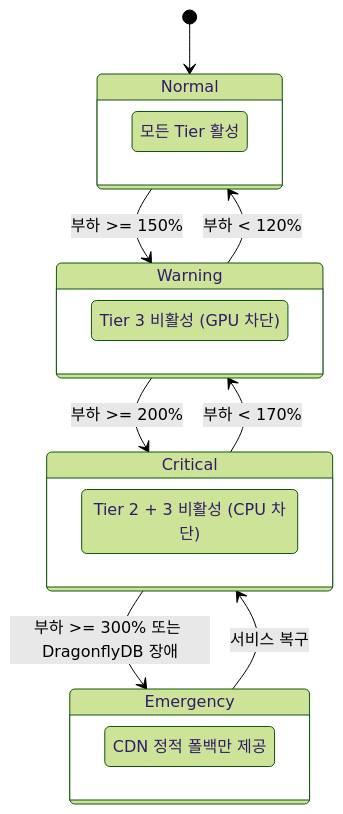
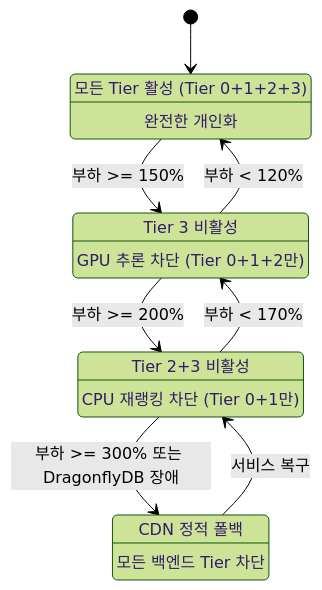
The fourth of 5 diagrams in README.ko.md (alton15/recsys-pipeline), drawn with Mermaid (forest theme) before and after one commit. The commit also changed other lines of this file and 1 other file, not shown here.

First line of the commit message:
docs: add table of contents with anchor links and fix Mermaid diagram cycle

````diff
--- a/README.ko.md
+++ b/README.ko.md
@@ -268,27 +294,23 @@
 ```mermaid
 stateDiagram-v2
     [*] --> Normal
 
     Normal --> Warning : 부하 >= 150%
     Warning --> Normal : 부하 < 120%
     Warning --> Critical : 부하 >= 200%
     Critical --> Warning : 부하 < 170%
     Critical --> Emergency : 부하 >= 300% 또는 DragonflyDB 장애
     Emergency --> Critical : 서비스 복구
 
-    state Normal {
-        [*] : 모든 Tier 활성
-    }
+    Normal : 모든 Tier 활성 (Tier 0+1+2+3)
+    Normal : 완전한 개인화
 
-    state Warning {
-        [*] : Tier 3 비활성 (GPU 차단)
-    }
+    Warning : Tier 3 비활성
+    Warning : GPU 추론 차단 (Tier 0+1+2만)
 
-    state Critical {
-        [*] : Tier 2 + 3 비활성 (CPU 차단)
-    }
+    Critical : Tier 2+3 비활성
+    Critical : CPU 재랭킹 차단 (Tier 0+1만)
 
-    state Emergency {
-        [*] : CDN 정적 폴백만 제공
-    }
+    Emergency : CDN 정적 폴백
+    Emergency : 모든 백엔드 Tier 차단
 ```
````
